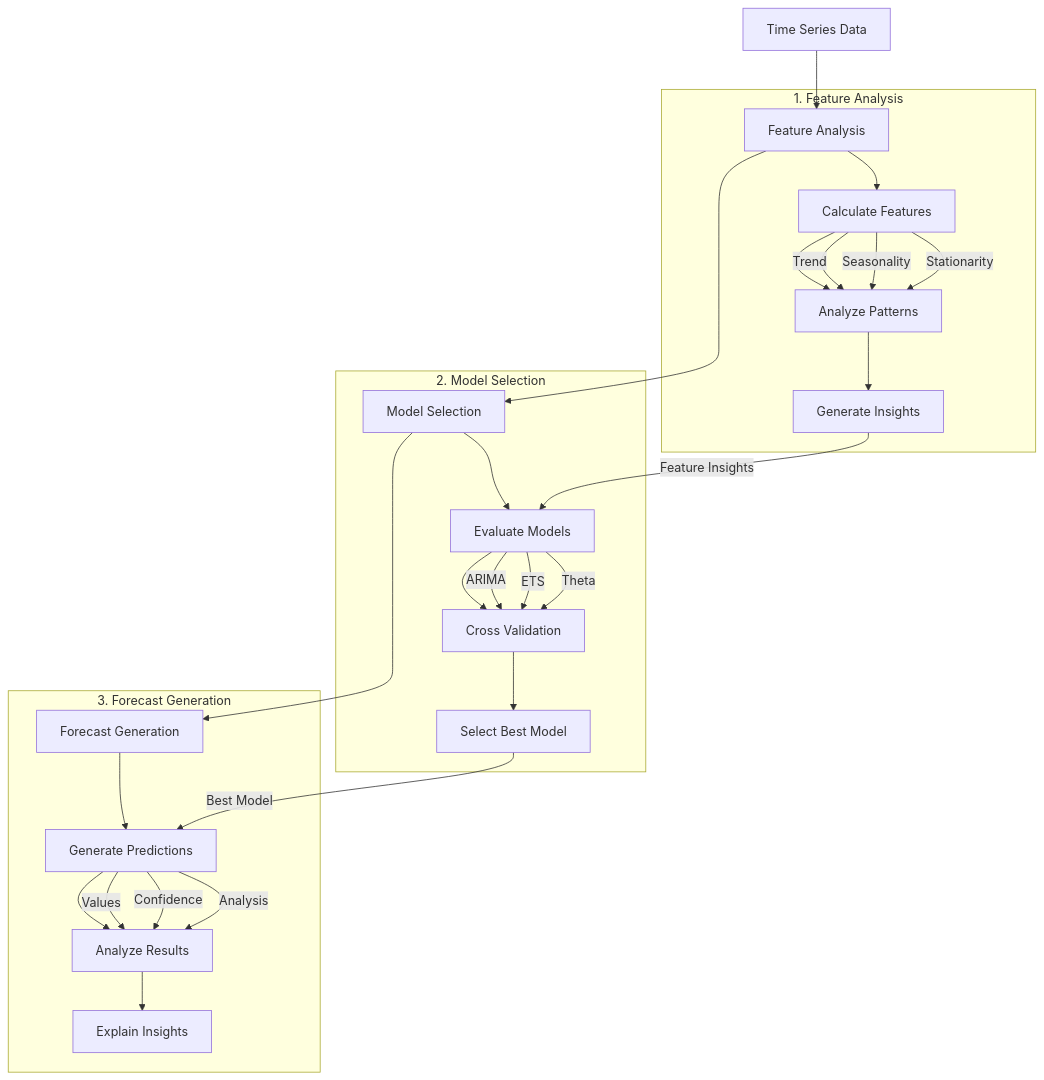
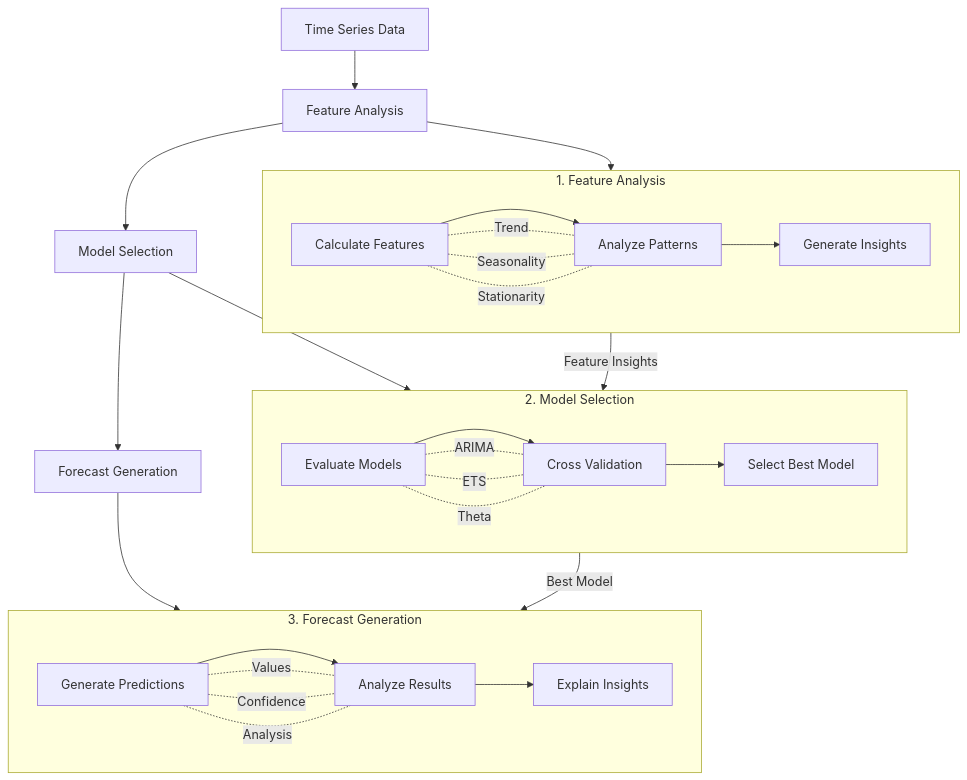
Before and after one commit to mpg05883/timecopilot: the diagram in README.md, drawn with Mermaid.

Commit message:
fix: improve mermaid

````diff
--- a/README.md
+++ b/README.md
@@ -32,39 +32,37 @@
 ```mermaid
-graph TD
+flowchart TB
     A[Time Series Data] --> B[Feature Analysis]
     B --> C[Model Selection]
     C --> D[Forecast Generation]
 
-    subgraph "1. Feature Analysis"
-        B --> B1["Calculate Features"]
-        B1 --> B2["Analyze Patterns"]
-        B2 --> B3["Generate Insights"]
-        
-        B1 --> |"Trend"| B2
-        B1 --> |"Seasonality"| B2
-        B1 --> |"Stationarity"| B2
+    subgraph Analysis["1. Feature Analysis"]
+        direction LR
+        B1["Calculate Features"] --> B2["Analyze Patterns"] --> B3["Generate Insights"]
+        B1 -.- |"Trend"| B2
+        B1 -.- |"Seasonality"| B2
+        B1 -.- |"Stationarity"| B2
     end
 
-    subgraph "2. Model Selection"
-        C --> C1["Evaluate Models"]
-        C1 --> C2["Cross Validation"]
-        C2 --> C3["Select Best Model"]
-        
-        C1 --> |"ARIMA"| C2
-        C1 --> |"ETS"| C2
-        C1 --> |"Theta"| C2
+    subgraph Selection["2. Model Selection"]
+        direction LR
+        C1["Evaluate Models"] --> C2["Cross Validation"] --> C3["Select Best Model"]
+        C1 -.- |"ARIMA"| C2
+        C1 -.- |"ETS"| C2
+        C1 -.- |"Theta"| C2
     end
 
-    subgraph "3. Forecast Generation"
-        D --> D1["Generate Predictions"]
-        D1 --> D2["Analyze Results"]
-        D2 --> D3["Explain Insights"]
-        
-        D1 --> |"Values"| D2
-        D1 --> |"Confidence"| D2
-        D1 --> |"Analysis"| D2
+    subgraph Generation["3. Forecast Generation"]
+        direction LR
+        D1["Generate Predictions"] --> D2["Analyze Results"] --> D3["Explain Insights"]
+        D1 -.- |"Values"| D2
+        D1 -.- |"Confidence"| D2
+        D1 -.- |"Analysis"| D2
     end
 
+    B --> B1
+    C --> C1
+    D --> D1
+    
     B3 --> |"Feature Insights"| C1
     C3 --> |"Best Model"| D1
 ```
````
